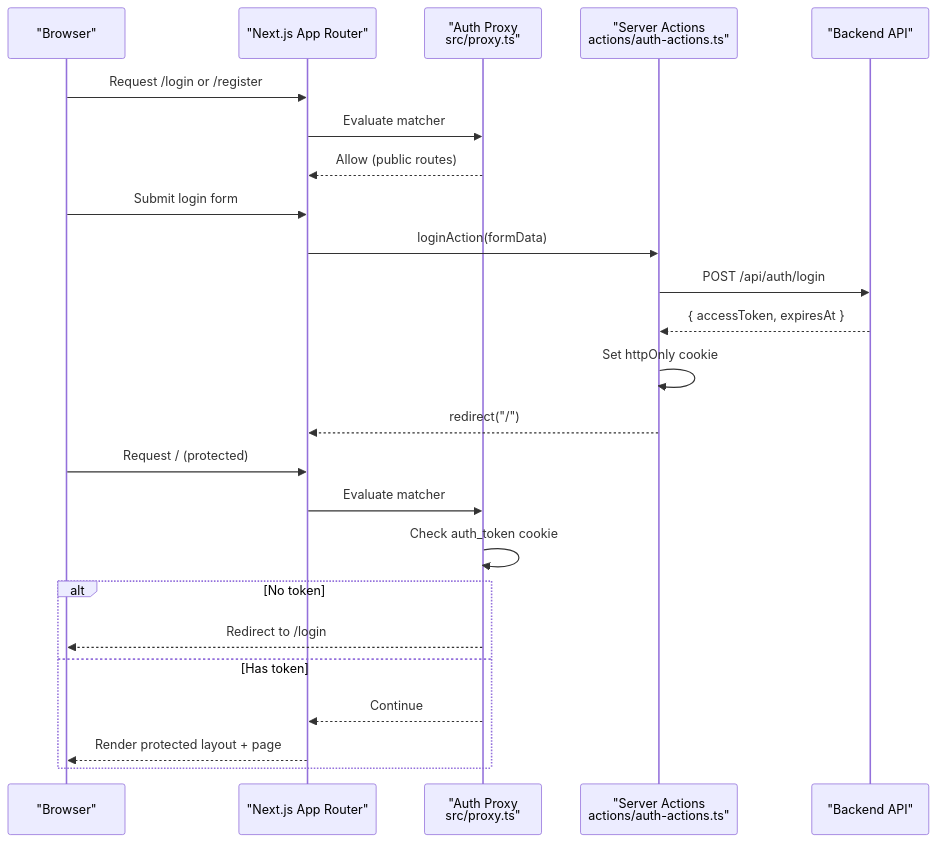
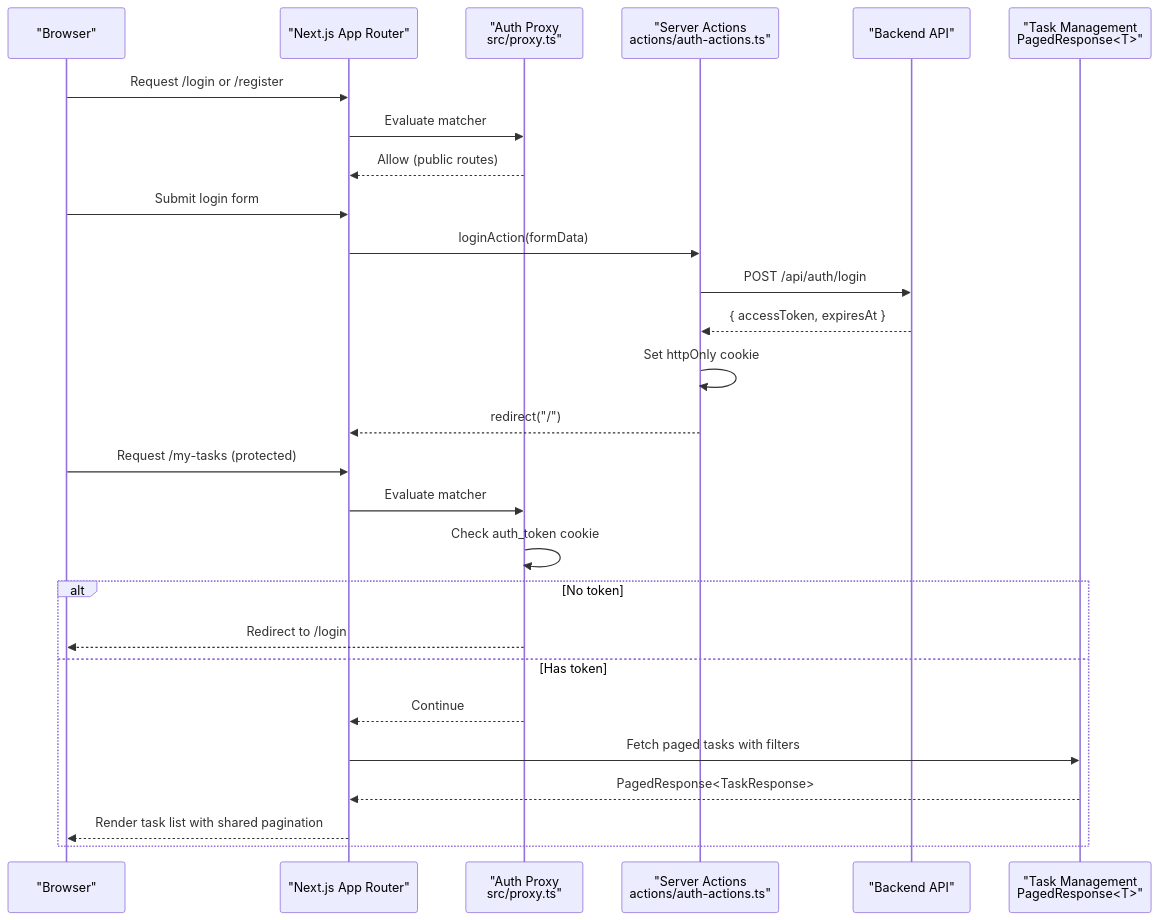
The second of 5 diagrams in .qoder/repowiki/en/content/Frontend Architecture/Frontend Architecture.md (jejejesus/TaskFlow), drawn with Mermaid before and after one commit. The commit also changed other lines of this file and 21 other files, not shown here.

````diff
--- a/.qoder/repowiki/en/content/Frontend Architecture/Frontend Architecture.md
+++ b/.qoder/repowiki/en/content/Frontend Architecture/Frontend Architecture.md
@@ -122,26 +155,29 @@
 ```mermaid
 sequenceDiagram
 participant Browser as "Browser"
 participant Next as "Next.js App Router"
 participant Proxy as "Auth Proxy<br/>src/proxy.ts"
 participant ServerAction as "Server Actions<br/>actions/auth-actions.ts"
 participant Backend as "Backend API"
+participant TaskAPI as "Task Management<br/>PagedResponse<T>"
 Browser->>Next : Request /login or /register
 Next->>Proxy : Evaluate matcher
 Proxy-->>Next : Allow (public routes)
 Browser->>Next : Submit login form
 Next->>ServerAction : loginAction(formData)
 ServerAction->>Backend : POST /api/auth/login
 Backend-->>ServerAction : { accessToken, expiresAt }
 ServerAction->>ServerAction : Set httpOnly cookie
 ServerAction-->>Next : redirect("/")
-Browser->>Next : Request / (protected)
+Browser->>Next : Request /my-tasks (protected)
 Next->>Proxy : Evaluate matcher
 Proxy->>Proxy : Check auth_token cookie
 alt No token
 Proxy-->>Browser : Redirect to /login
 else Has token
 Proxy-->>Next : Continue
-Next-->>Browser : Render protected layout + page
+Next->>TaskAPI : Fetch paged tasks with filters
+TaskAPI-->>Next : PagedResponse<TaskResponse>
+Next-->>Browser : Render task list with shared pagination
 end
 ```
````
